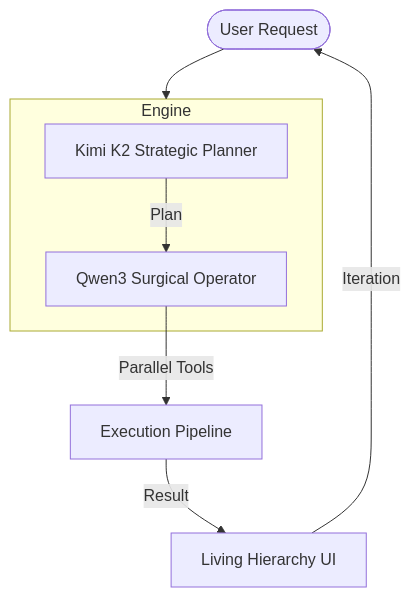
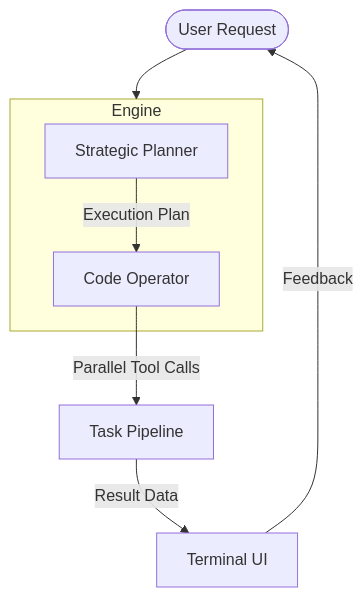
One commit to pranav271103/Murphy changed the diagram in docs/index.md. Above: the diagram before and after it, drawn with Mermaid. The commit also changed other lines of this file and 7 other files, not shown here.

````diff
--- a/docs/index.md
+++ b/docs/index.md
@@ -33,12 +29,12 @@
 ```mermaid
 graph TD
-    User([User Request]) --> Engine[Dual-Model Engine]
+    User([User Request]) --> Engine[Orchestration Engine]
     subgraph Engine
-        Kimi[Kimi K2 Strategic Planner]
-        Qwen[Qwen3 Surgical Operator]
+        Kimi[Strategic Planner]
+        Qwen[Code Operator]
     end
-    Kimi -->|Plan| Qwen
-    Qwen -->|Parallel Tools| Pipeline[Execution Pipeline]
-    Pipeline -->|Result| TUI[Living Hierarchy UI]
-    TUI -->|Iteration| User
+    Kimi -->|Execution Plan| Qwen
+    Qwen -->|Parallel Tool Calls| Pipeline[Task Pipeline]
+    Pipeline -->|Result Data| TUI[Terminal UI]
+    TUI -->|Feedback| User
 ```
````
